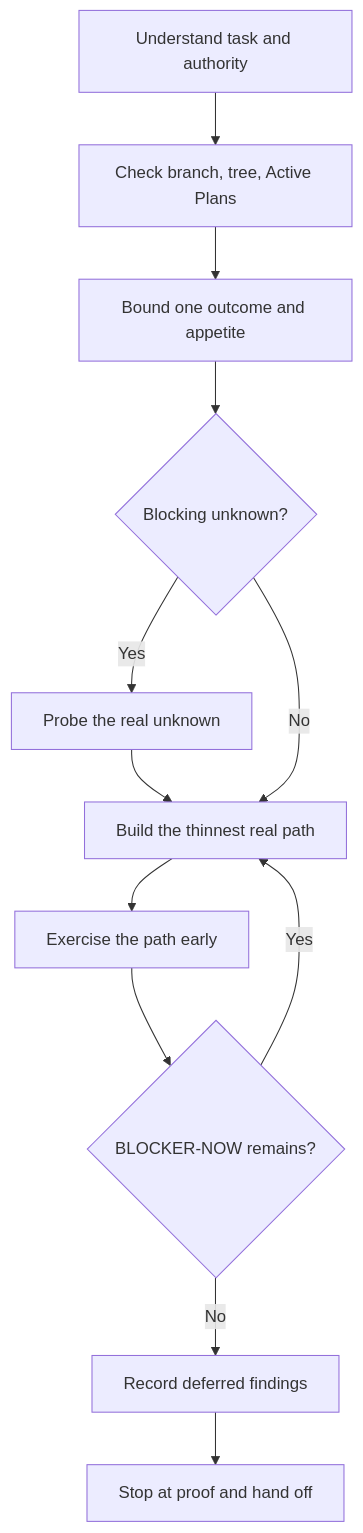
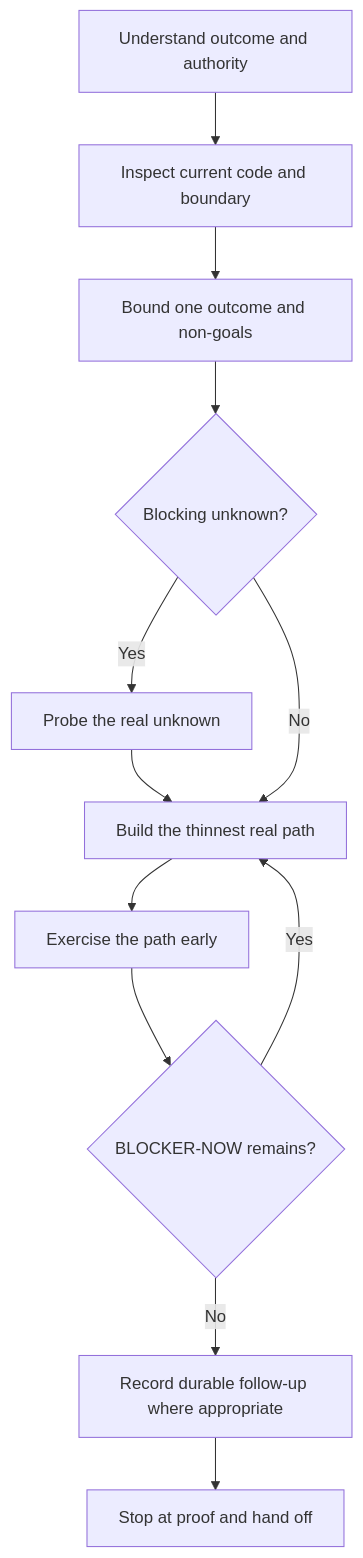
One commit to atomlink-ye/agent-server changed the diagram in docs/agents/work-lifecycle.md. Above: the diagram before and after it, drawn with Mermaid. The commit also changed other lines of this file and 10 other files, not shown here.

````diff
--- a/docs/agents/work-lifecycle.md
+++ b/docs/agents/work-lifecycle.md
@@ -3,14 +3,14 @@
 ```mermaid
 flowchart TD
-    A["Understand task and authority"] --> B["Check branch, tree, Active Plans"]
-    B --> C["Bound one outcome and appetite"]
-    C --> D{"Blocking unknown?"}
-    D -->|Yes| P["Probe the real unknown"]
-    P --> E["Build the thinnest real path"]
+    A[Understand outcome and authority] --> B[Inspect current code and boundary]
+    B --> C[Bound one outcome and non-goals]
+    C --> D{Blocking unknown?}
+    D -->|Yes| P[Probe the real unknown]
+    P --> E[Build the thinnest real path]
     D -->|No| E
-    E --> F["Exercise the path early"]
-    F --> G{"BLOCKER-NOW remains?"}
+    E --> F[Exercise the path early]
+    F --> G{BLOCKER-NOW remains?}
     G -->|Yes| E
-    G -->|No| H["Record deferred findings"]
-    H --> I["Stop at proof and hand off"]
+    G -->|No| H[Record durable follow-up where appropriate]
+    H --> I[Stop at proof and hand off]
 ```
````
